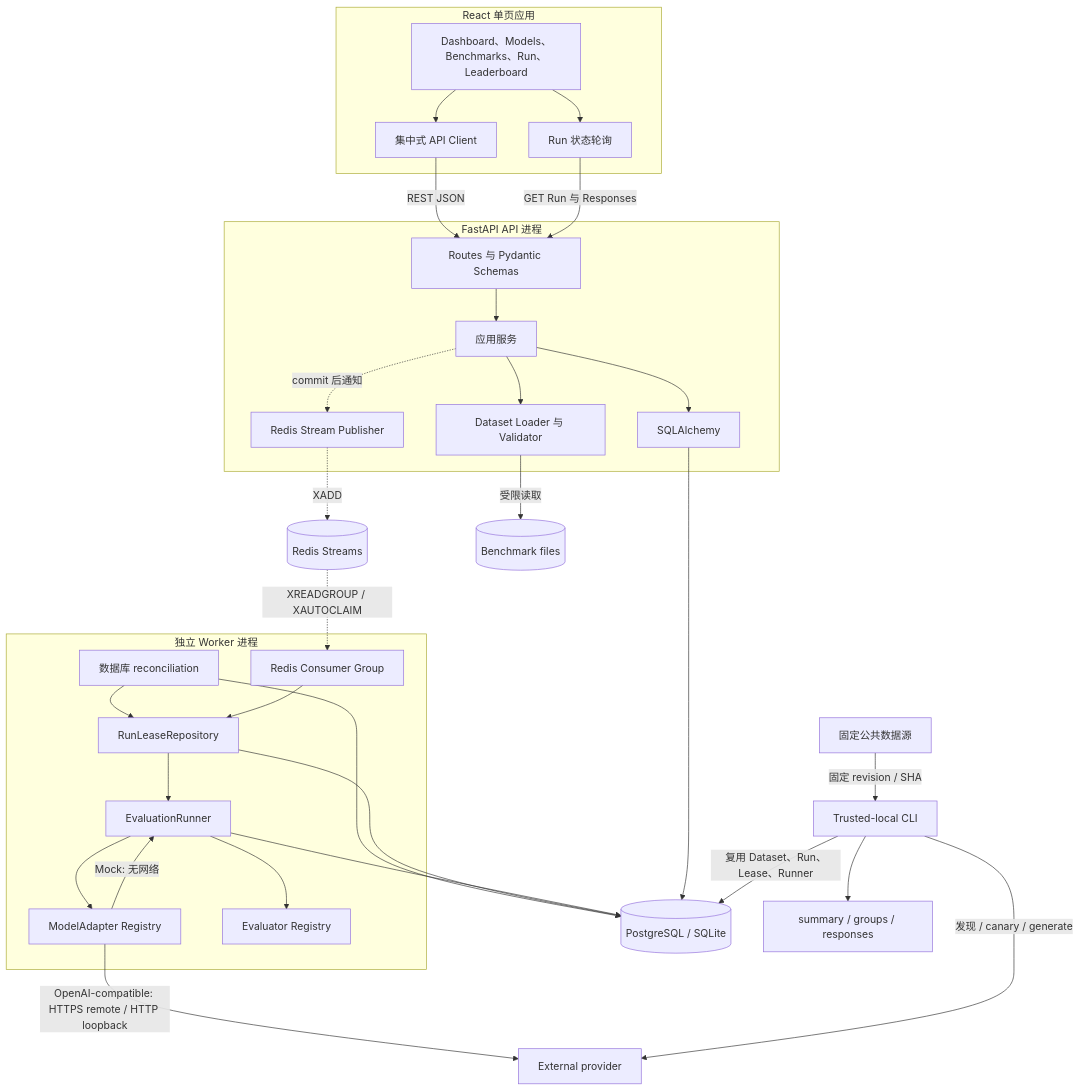
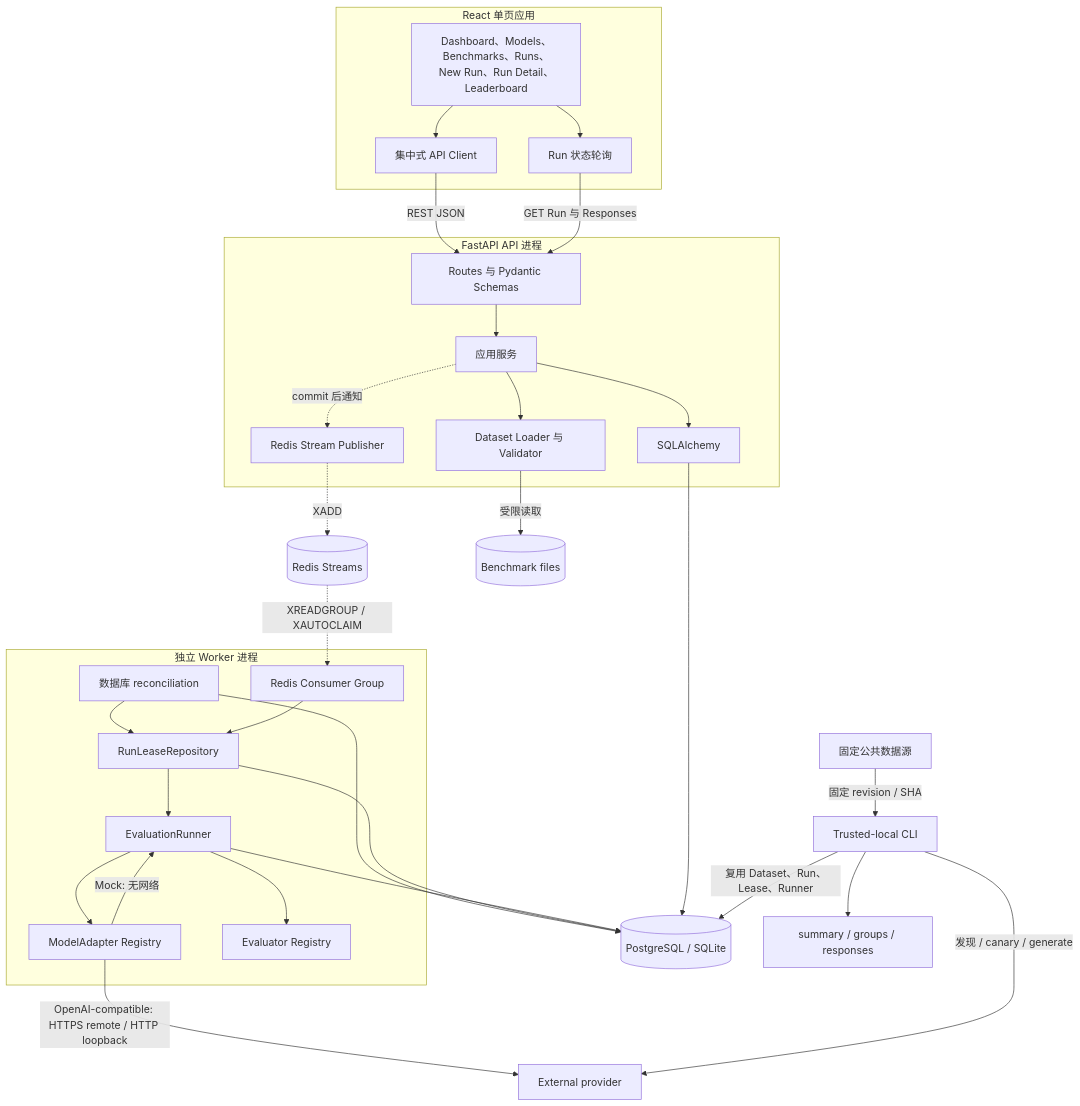
The second of 7 diagrams in docs/ARCHITECTURE.md (CWNU-Open-Source-Community/LLMBenchLab), drawn with Mermaid before and after one commit. The commit also changed other lines of this file and 36 other files, not shown here.

````diff
--- a/docs/ARCHITECTURE.md
+++ b/docs/ARCHITECTURE.md
@@ -60,59 +60,59 @@
 ```mermaid
 flowchart TB
     subgraph FE[React 单页应用]
-        Pages[Dashboard、Models、Benchmarks、Run、Leaderboard]
+        Pages[Dashboard、Models、Benchmarks、Runs、New Run、Run Detail、Leaderboard]
         Client[集中式 API Client]
         Poller[Run 状态轮询]
         Pages --> Client
         Pages --> Poller
     end
 
     subgraph APIProcess[FastAPI API 进程]
         Routes[Routes 与 Pydantic Schemas]
         Services[应用服务]
         Importer[Dataset Loader 与 Validator]
         QueuePublisher[Redis Stream Publisher]
         Routes --> Services
         Services --> Importer
         Services --> APIRepo[SQLAlchemy]
         Services -.->|commit 后通知| QueuePublisher
     end
 
     subgraph WorkerProcess[独立 Worker 进程]
         Reconcile[数据库 reconciliation]
         QueueConsumer[Redis Consumer Group]
         LeaseRepo[RunLeaseRepository]
         Runner[EvaluationRunner]
         Adapters[ModelAdapter Registry]
         Evaluators[Evaluator Registry]
         Reconcile --> LeaseRepo
         QueueConsumer --> LeaseRepo
         LeaseRepo --> Runner
         Runner --> Adapters
         Runner --> Evaluators
     end
 
     DB[(PostgreSQL / SQLite)]
     Redis[(Redis Streams)]
     Files[(Benchmark files)]
     Provider[External provider]
     PinnedSources[固定公共数据源]
     LocalCLI[Trusted-local CLI]
     ReportFiles[summary / groups / responses]
 
     Client -->|REST JSON| Routes
     Poller -->|GET Run 与 Responses| Routes
     Importer -->|受限读取| Files
     APIRepo --> DB
     QueuePublisher -. XADD .-> Redis
     Redis -. XREADGROUP / XAUTOCLAIM .-> QueueConsumer
     Reconcile --> DB
     LeaseRepo --> DB
     Runner --> DB
     Adapters -->|Mock: 无网络| Runner
     Adapters -->|OpenAI-compatible: HTTPS remote / HTTP loopback| Provider
     PinnedSources -->|固定 revision / SHA| LocalCLI
     LocalCLI -->|复用 Dataset、Run、Lease、Runner| DB
     LocalCLI -->|发现 / canary / generate| Provider
     LocalCLI --> ReportFiles
 ```
````
